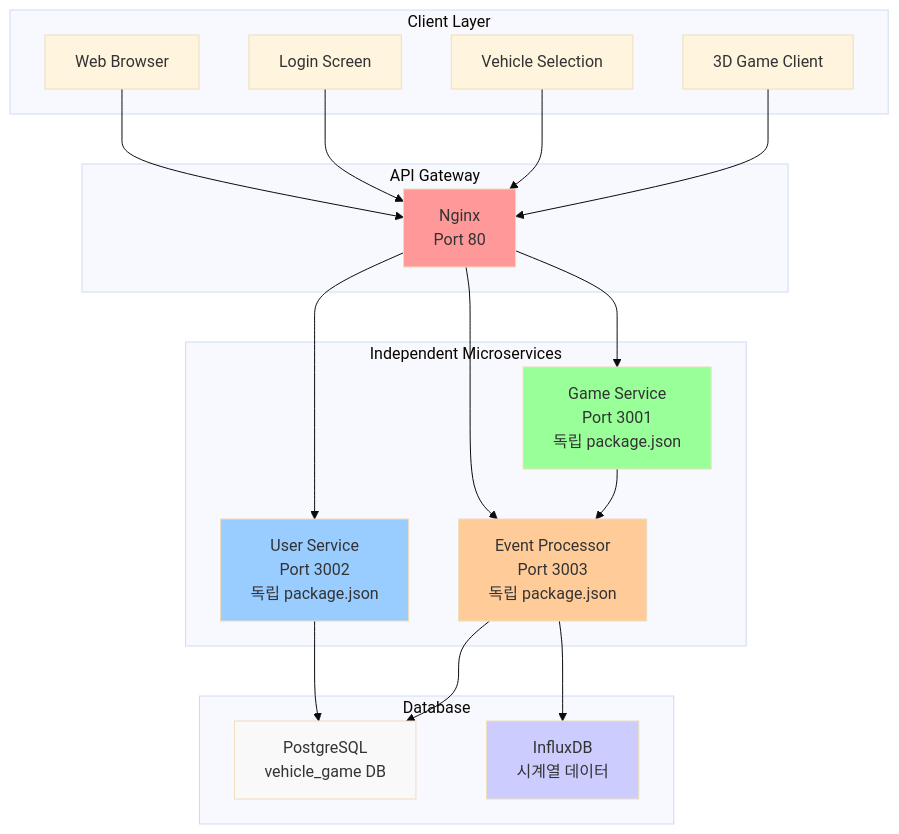
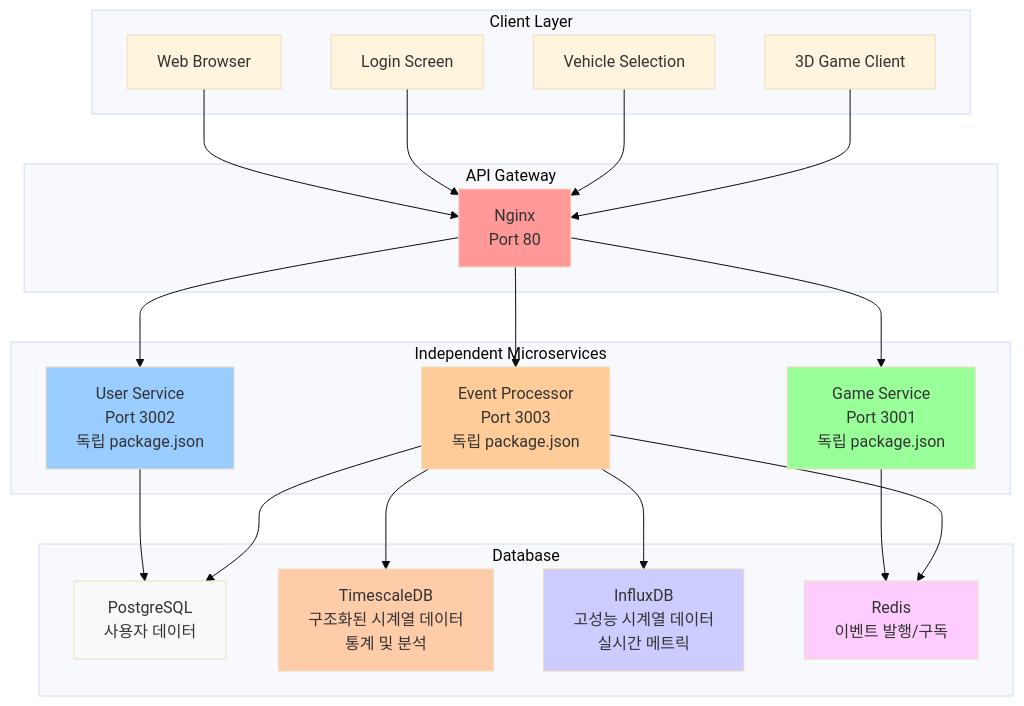
The first of 2 diagrams in README.md (tanminkwan/test2), drawn with Mermaid (base theme) before and after one commit. The commit also changed other lines of this file and 2 other files, not shown here.

Commit message:
Update architecture diagrams to separate PostgreSQL and TimescaleDB, clarify database roles

````diff
--- a/README.md
+++ b/README.md
@@ -13,45 +13,51 @@
 ```mermaid
 graph TB
     subgraph "Client Layer"
         A[Web Browser]
         B[Login Screen]
         C[Vehicle Selection]
         D[3D Game Client]
     end
     
     subgraph "API Gateway"
         E[Nginx<br/>Port 80]
     end
     
     subgraph "Independent Microservices"
         F[User Service<br/>Port 3002<br/>독립 package.json]
         G[Game Service<br/>Port 3001<br/>독립 package.json]
         H[Event Processor<br/>Port 3003<br/>독립 package.json]
     end
     
     subgraph "Database"
-        I[PostgreSQL<br/>vehicle_game DB]
-        J[InfluxDB<br/>시계열 데이터]
+        I[PostgreSQL<br/>사용자 데이터]
+        T[TimescaleDB<br/>구조화된 시계열 데이터<br/>통계 및 분석]
+        J[InfluxDB<br/>고성능 시계열 데이터<br/>실시간 메트릭]
+        R[Redis<br/>이벤트 발행/구독]
     end
     
     A --> E
     B --> E
     C --> E
     D --> E
     
     E --> F
     E --> G
     E --> H
     
     F --> I
-    G --> H
+    G --> R
     H --> I
+    H --> T
     H --> J
+    H --> R
     
     style E fill:#ff9999
     style F fill:#99ccff
     style G fill:#99ff99
     style H fill:#ffcc99
     style I fill:#f9f9f9
+    style T fill:#ffccaa
     style J fill:#ccccff
+    style R fill:#ffccff
 ```
````
